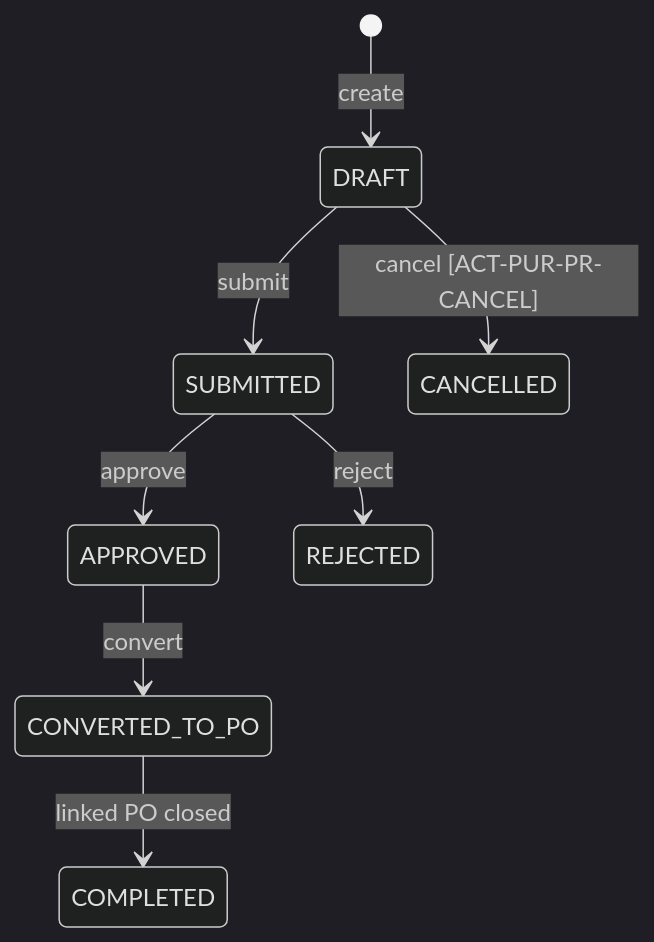
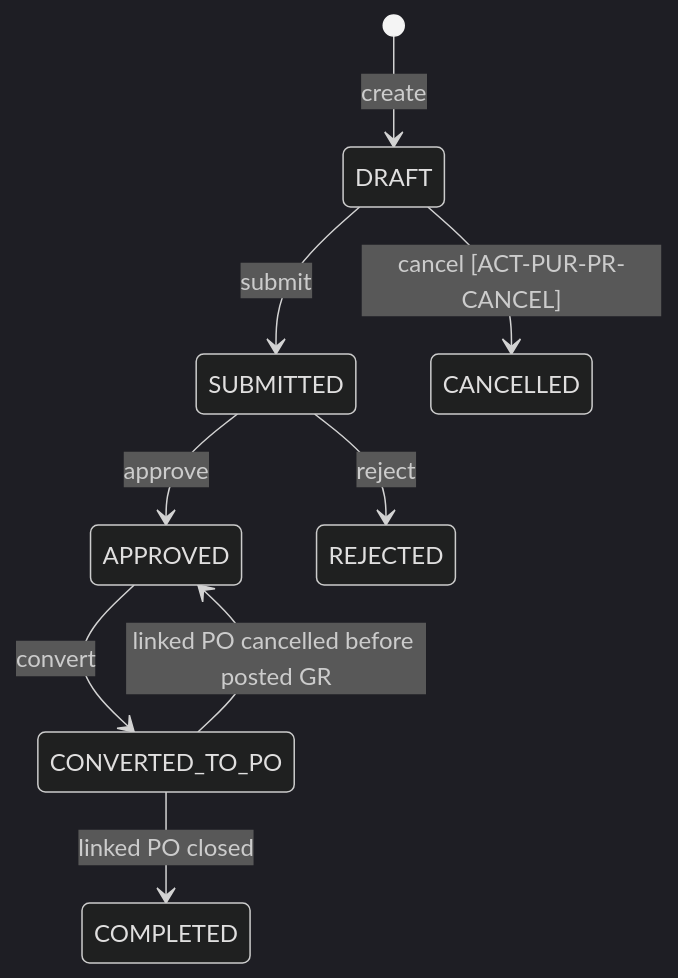
One commit to AbimanyuDA/Simple-ERP changed the first of 6 diagrams in docs/STATE-MACHINES.md. Above: the diagram before and after it, drawn with Mermaid (dark theme). The commit also changed other lines of this file and 307 other files, not shown here.

````diff
--- a/docs/STATE-MACHINES.md
+++ b/docs/STATE-MACHINES.md
@@ -7,10 +7,11 @@
 ```mermaid
 stateDiagram-v2
     [*] --> DRAFT: create
     DRAFT --> SUBMITTED: submit
     SUBMITTED --> APPROVED: approve
     SUBMITTED --> REJECTED: reject
     APPROVED --> CONVERTED_TO_PO: convert
+    CONVERTED_TO_PO --> APPROVED: linked PO cancelled before posted GR
     CONVERTED_TO_PO --> COMPLETED: linked PO closed
     DRAFT --> CANCELLED: cancel [ACT-PUR-PR-CANCEL]
 ```
````
